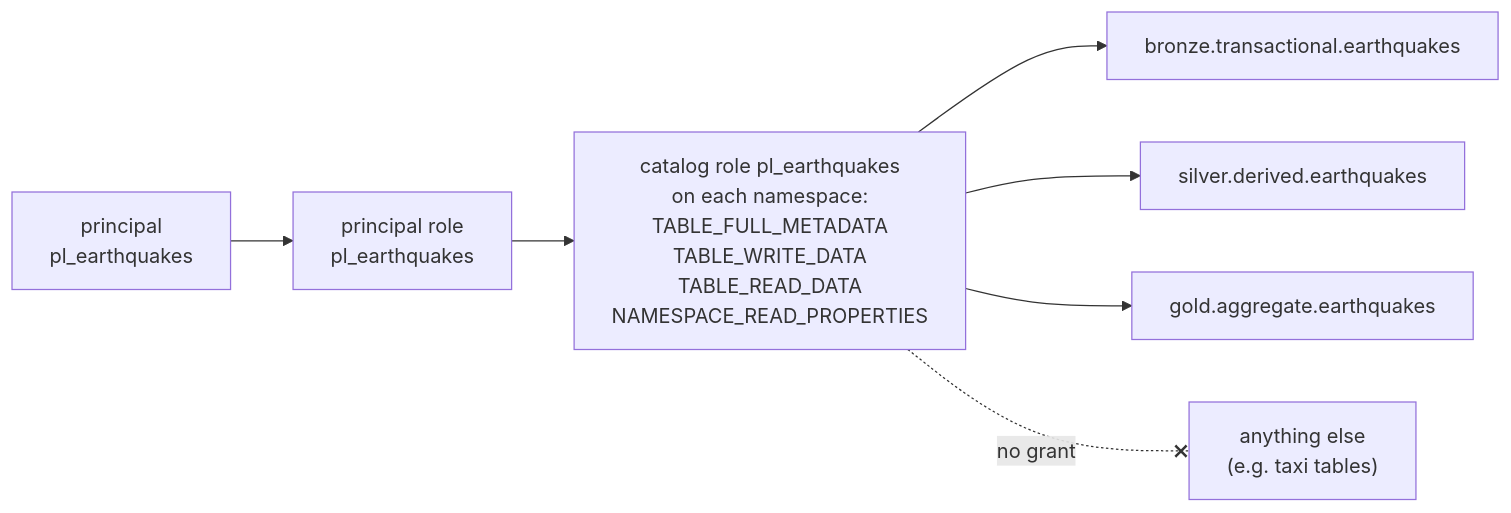
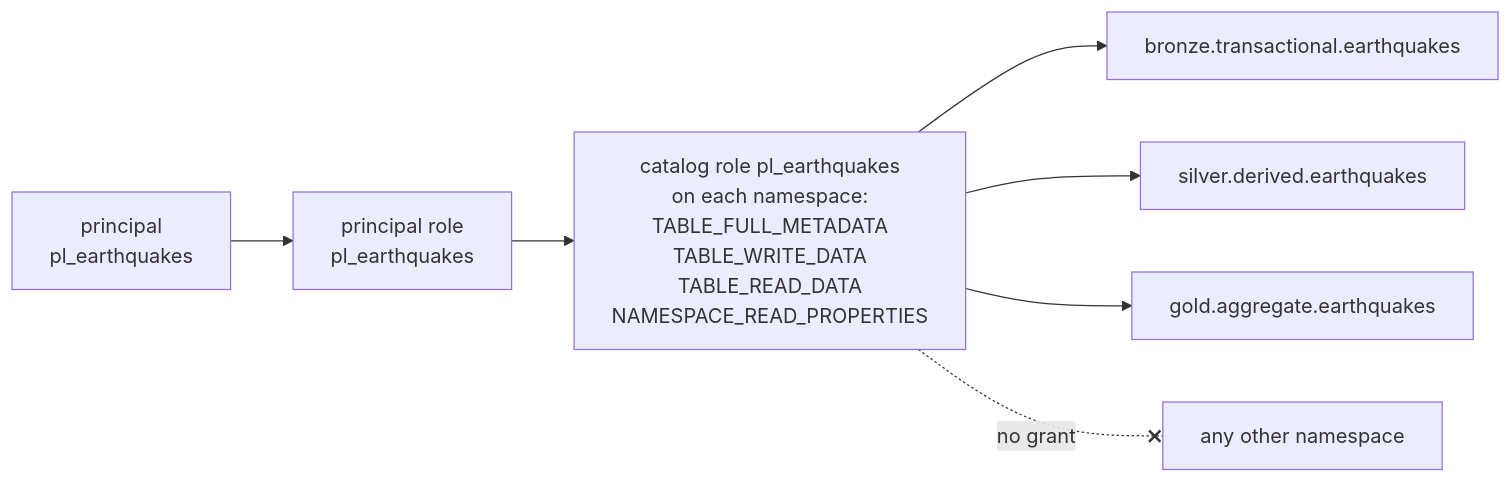
The fourth of 4 diagrams in pipelines/earthquakes/README.md (nopega/ice-berg-data-pipeline), drawn with Mermaid before and after one commit. The commit also changed other lines of this file and 4 other files, not shown here.

````diff
--- a/pipelines/earthquakes/README.md
+++ b/pipelines/earthquakes/README.md
@@ -181,8 +183,8 @@
 ```mermaid
 flowchart LR
     PR["principal<br/>pl_earthquakes"] --> RR["principal role<br/>pl_earthquakes"] --> CR["catalog role pl_earthquakes<br/>on each namespace:<br/>TABLE_FULL_METADATA<br/>TABLE_WRITE_DATA<br/>TABLE_READ_DATA<br/>NAMESPACE_READ_PROPERTIES"]
     CR --> N1["bronze.transactional.earthquakes"]
     CR --> N2["silver.derived.earthquakes"]
     CR --> N3["gold.aggregate.earthquakes"]
-    CR -. "no grant" .-x X["anything else<br/>(e.g. taxi tables)"]
+    CR -. "no grant" .-x X["any other namespace"]
 ```
````
